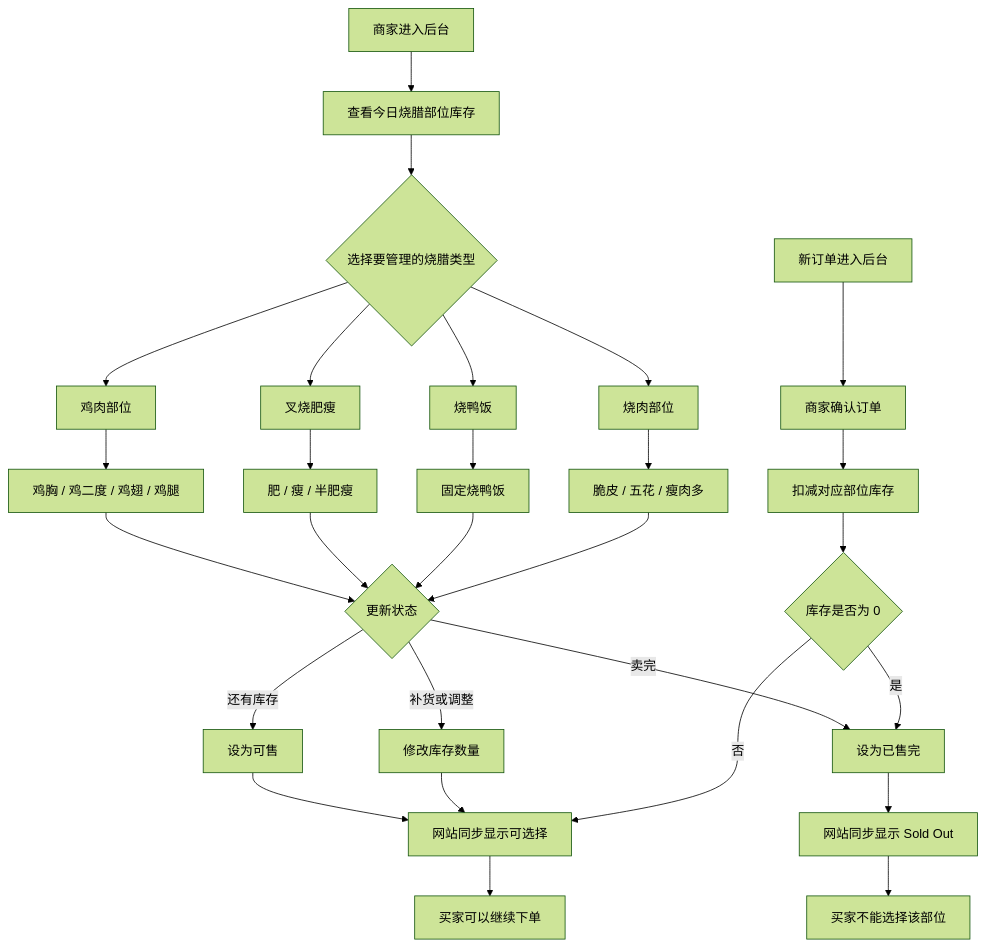
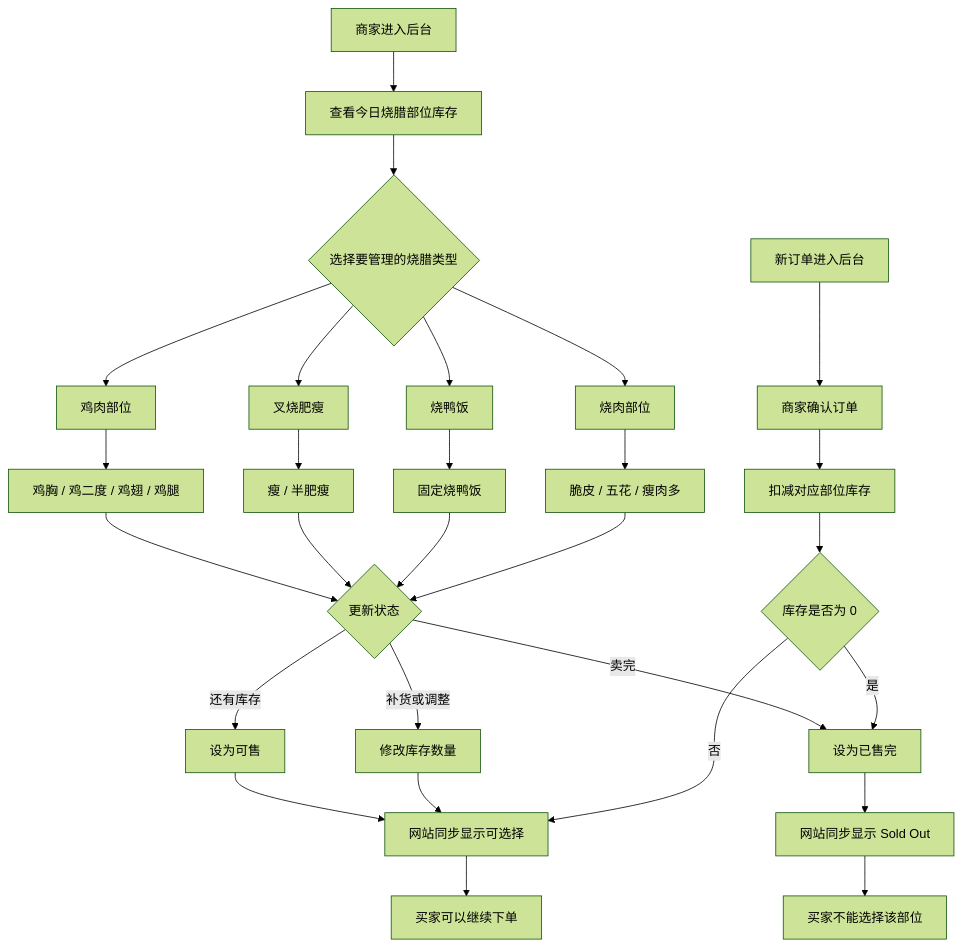
One commit to JadenT15/xianzaishoala changed the second of 2 diagrams in docs/order-flowcharts.md. Above: the diagram before and after it, drawn with Mermaid (forest theme). The commit also changed other lines of this file and 1 other file, not shown here.

````diff
--- a/docs/order-flowcharts.md
+++ b/docs/order-flowcharts.md
@@ -57,37 +55,37 @@
 ```mermaid
 flowchart TD
     A[商家进入后台] --> B[查看今日烧腊部位库存]
     B --> C{选择要管理的烧腊类型}
 
     C --> D[鸡肉部位]
     C --> E[叉烧肥瘦]
     C --> F[烧鸭饭]
     C --> G[烧肉部位]
 
     D --> D1[鸡胸 / 鸡二度 / 鸡翅 / 鸡腿]
-    E --> E1[肥 / 瘦 / 半肥瘦]
+    E --> E1[瘦 / 半肥瘦]
     F --> F1[固定烧鸭饭]
     G --> G1[脆皮 / 五花 / 瘦肉多]
 
     D1 --> H{更新状态}
     E1 --> H
     F1 --> H
     G1 --> H
 
     H -->|还有库存| I[设为可售]
     H -->|卖完| J[设为已售完]
     H -->|补货或调整| K[修改库存数量]
 
     I --> L[网站同步显示可选择]
     J --> M[网站同步显示 Sold Out]
     K --> L
 
     L --> N[买家可以继续下单]
     M --> O[买家不能选择该部位]
 
     P[新订单进入后台] --> Q[商家确认订单]
     Q --> R[扣减对应部位库存]
     R --> S{库存是否为 0}
     S -->|是| J
     S -->|否| L
 ```
````
